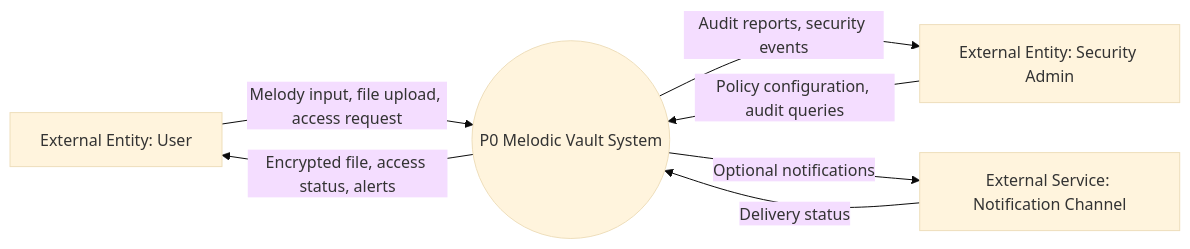
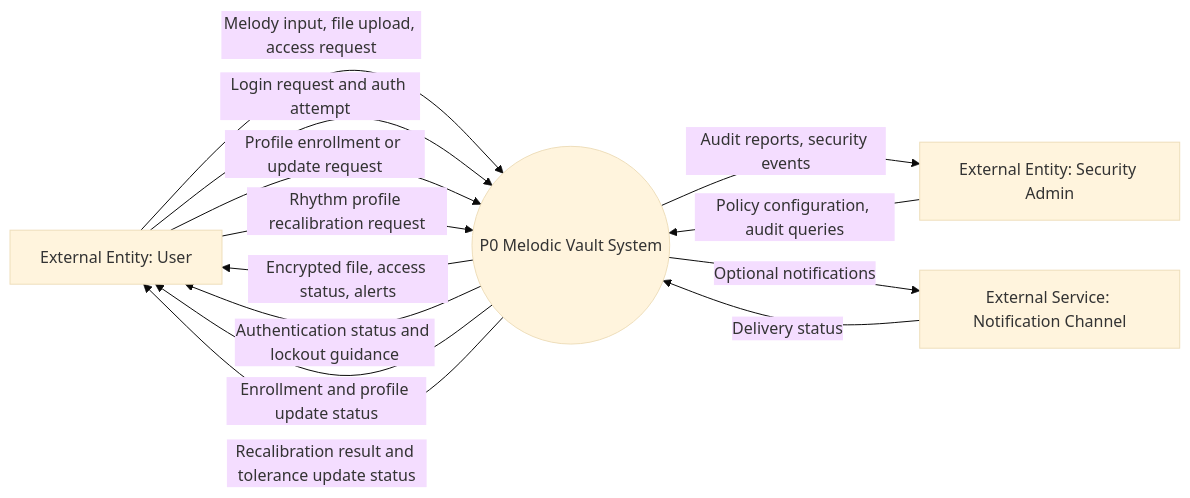
One commit to Aditya-KumarJha/MelodicVault changed the fourth of 8 diagrams in diagram.md. Above: the diagram before and after it, drawn with Mermaid (base theme). The commit also changed 3 other files, not shown here.

````diff
--- a/diagram.md
+++ b/diagram.md
@@ -188,12 +188,18 @@
 ```mermaid
 flowchart LR
 
 U[External Entity: User] -->|Melody input, file upload, access request| P0((P0 Melodic Vault System))
+U -->|Login request and auth attempt| P0
+U -->|Profile enrollment or update request| P0
+U -->|Rhythm profile recalibration request| P0
 P0 -->|Encrypted file, access status, alerts| U
+P0 -->|Authentication status and lockout guidance| U
+P0 -->|Enrollment and profile update status| U
+P0 -->|Recalibration result and tolerance update status| U
 
 ADM[External Entity: Security Admin] -->|Policy configuration, audit queries| P0
 P0 -->|Audit reports, security events| ADM
 
 P0 -->|Optional notifications| NS[External Service: Notification Channel]
 NS -->|Delivery status| P0
 ```
````
